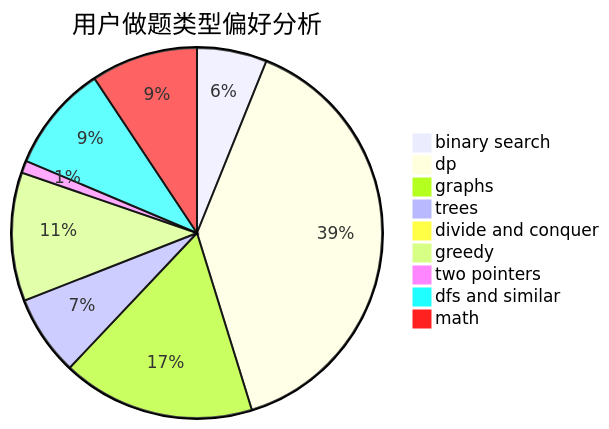
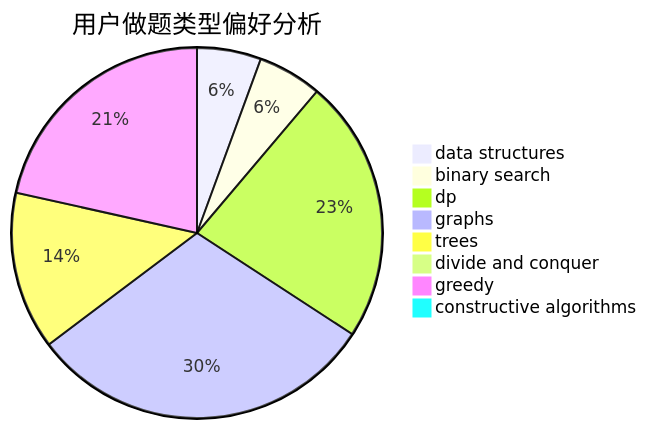
One commit to sherpahu/cfrs.github.io changed the second of 3 diagrams in docs/user/u758.md. Above: the diagram before and after it, drawn with Mermaid. The commit also changed other lines of this file and 2775 other files, not shown here.

````diff
--- a/docs/user/u758.md
+++ b/docs/user/u758.md
@@ -23,12 +23,11 @@
 ```mermaid
 pie title 用户做题类型偏好分析
-    "binary search" :  74
-    "dp" :  474
-    "graphs" :  204
-    "trees" :  85
+    "data structures" :  26
+    "binary search" :  26
+    "dp" :  107
+    "graphs" :  142
+    "trees" :  64
     "divide and conquer" :  0
-    "greedy" :  136
-    "two pointers" :  13
-    "dfs and similar" :  113
-    "math" :  113
+    "greedy" :  100
+    "constructive algorithms" :  4
 ```
````
